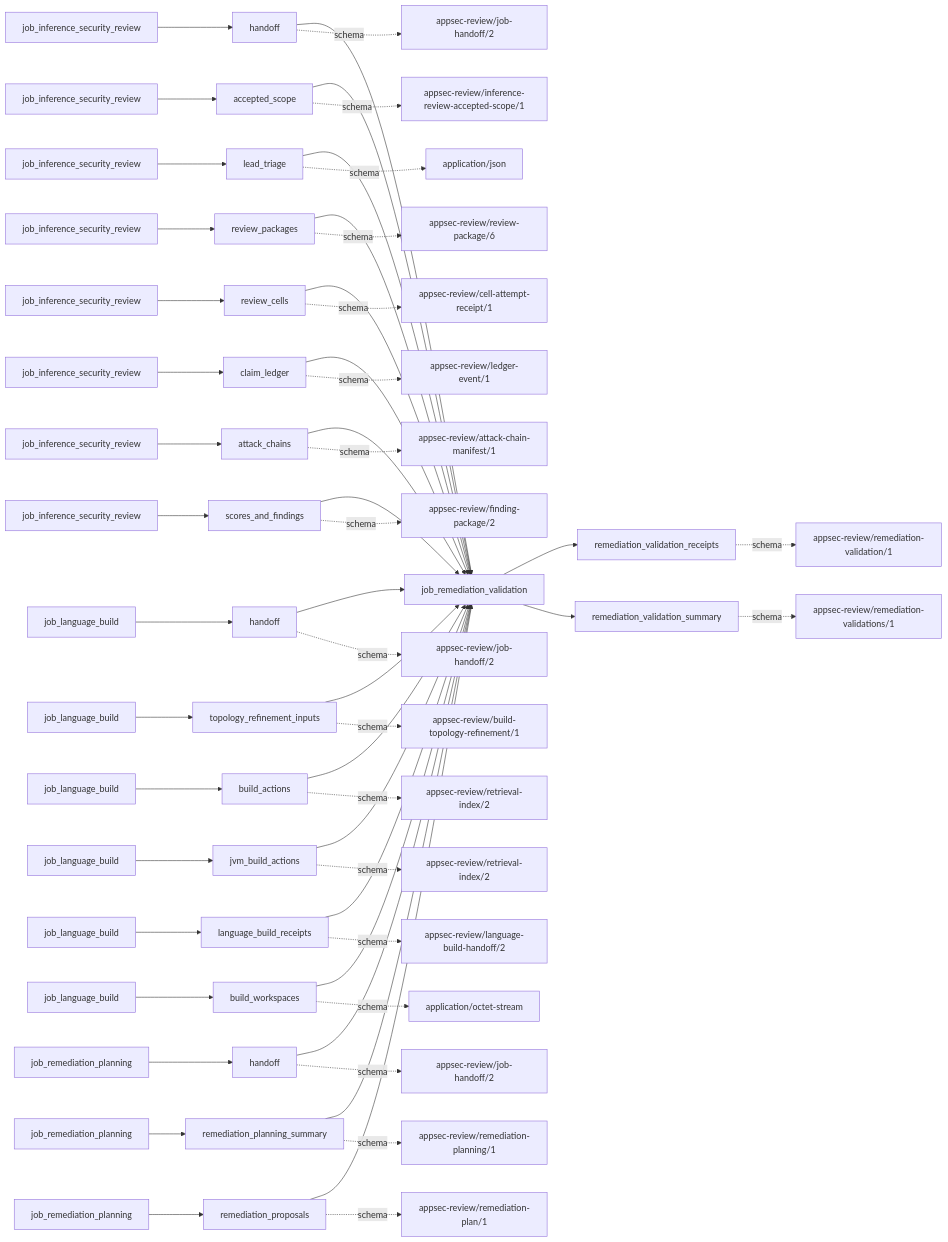
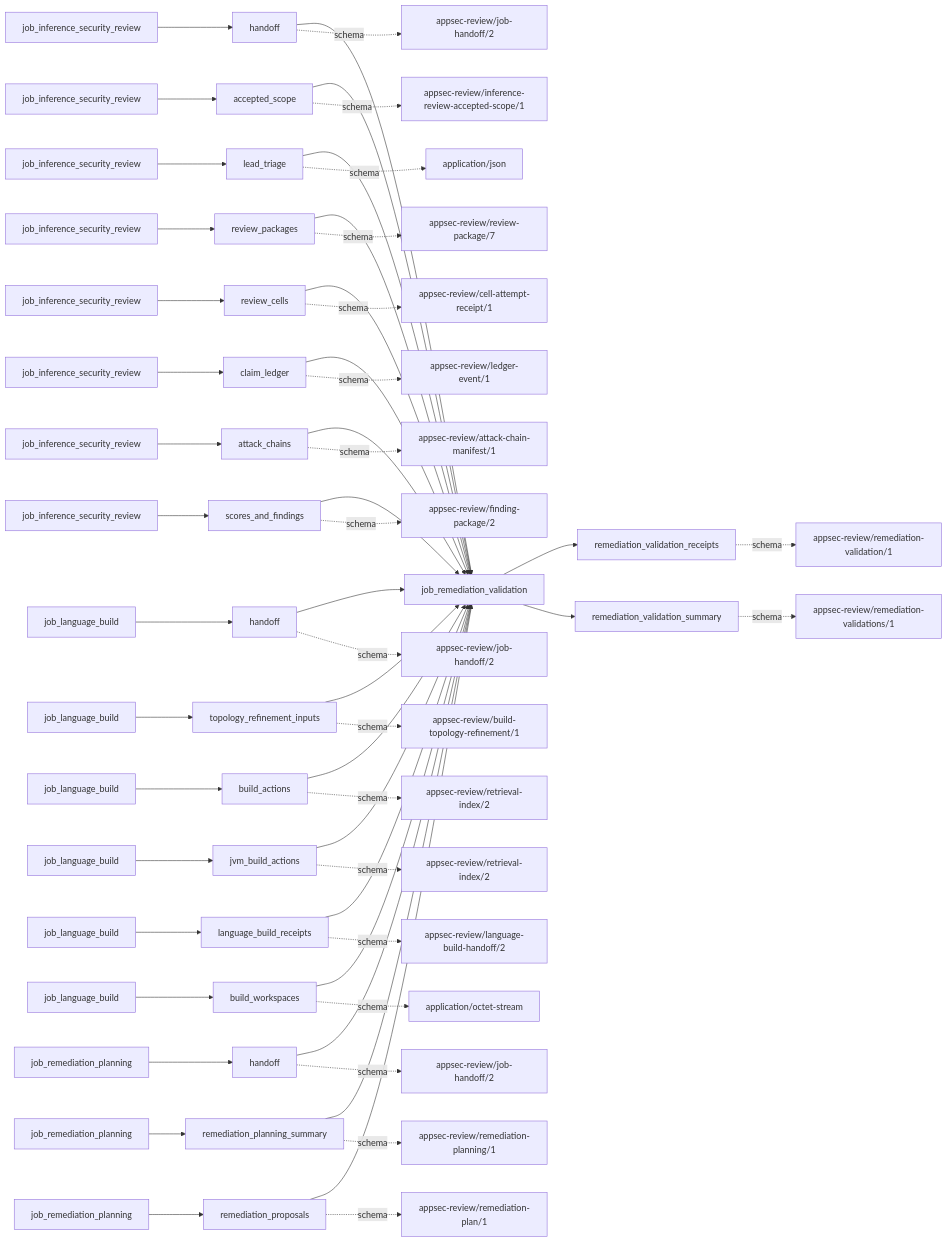
The first of 2 diagrams in docs/operations/job_remediation_validation.md (wsollers/appsec-review), drawn with Mermaid before and after one commit. The commit also changed other lines of this file and 3 other files, not shown here.

Commit message:
docs: regenerate the remaining job operation pages for review-package/7

```diff
--- a/docs/operations/job_remediation_validation.md
+++ b/docs/operations/job_remediation_validation.md
@@ -113,7 +113,7 @@
   input2 -. schema .-> input_schema2
   producer3["job_inference_security_review"]
   input3["review_packages"]
-  input_schema3["appsec-review/review-package/6"]
+  input_schema3["appsec-review/review-package/7"]
   producer3 --> input3 --> job
   input3 -. schema .-> input_schema3
   producer4["job_inference_security_review"]
```
